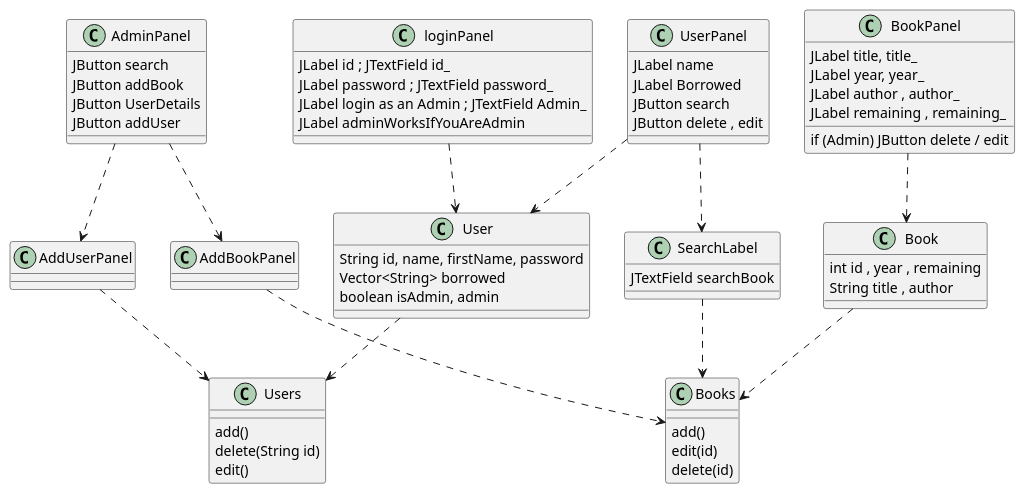
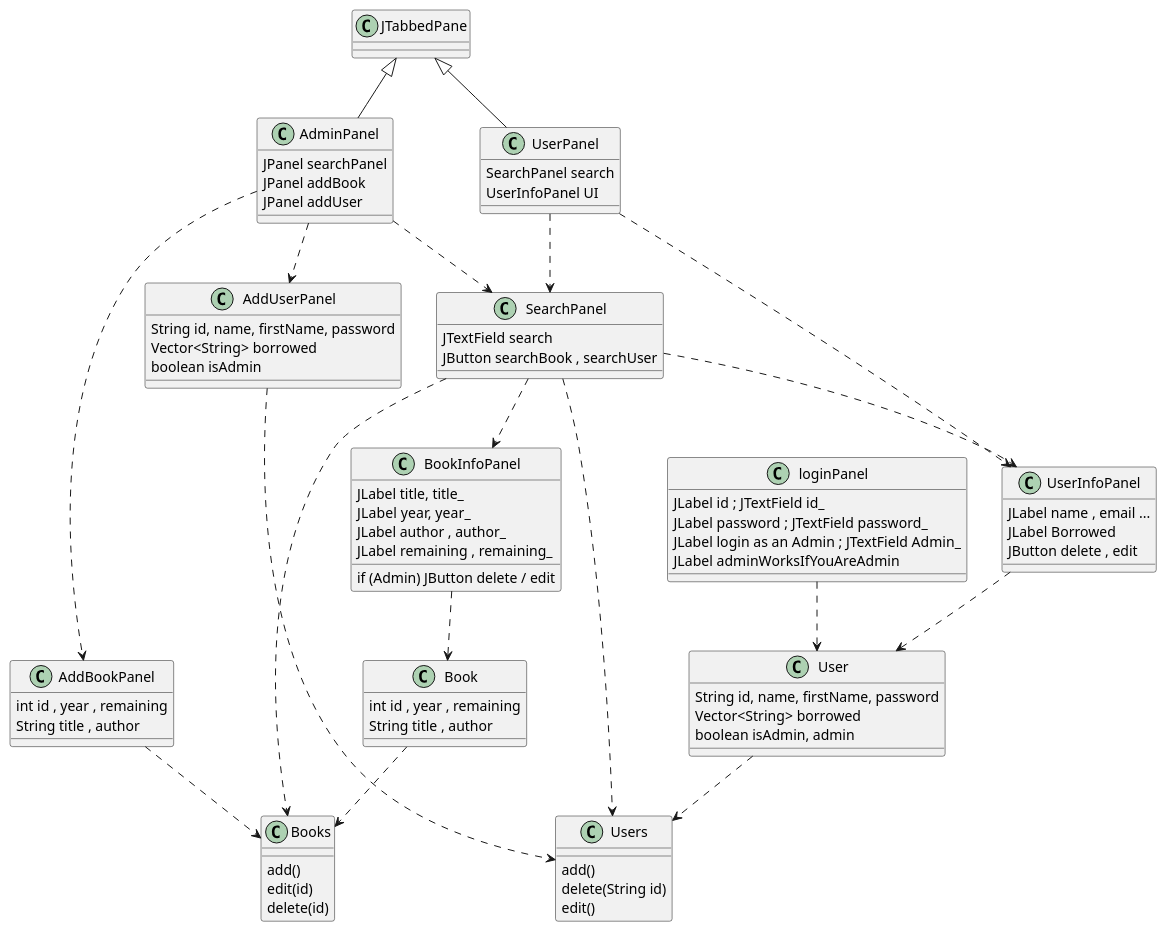
One commit to DiorAdam/LibraryManager changed the diagram in Modelisation/GuiClass.puml. Above: the diagram before and after it, drawn with PlantUML.

Commit message:
JTabbedPane to represent different pages

```diff
--- a/Modelisation/GuiClass.puml
+++ b/Modelisation/GuiClass.puml
@@ -1,91 +1,108 @@
 @startuml
 
 class loginPanel{
     JLabel id ; JTextField id_
     JLabel password ; JTextField password_
     JLabel login as an Admin ; JTextField Admin_
     JLabel adminWorksIfYouAreAdmin
 }
 
 loginPanel ..> User
 
 class User{
     String id, name, firstName, password
     Vector<String> borrowed
     boolean isAdmin, admin
     /'isAdmin is from the DB while admin says if
       the user is logged in as an admin '/
 }
 
 User ..> Users
 
 class Users{
     add()
     delete(String id)
     edit()
 }
 
-class UserPanel{
-    JLabel name
+class UserInfoPanel{
+    JLabel name , email ...
     JLabel Borrowed
-    JButton search
     JButton delete , edit
 }
 
-UserPanel ..> User
-UserPanel ..> SearchLabel
+UserInfoPanel ..> User
+
+class UserPanel extends JTabbedPane{
+
+    SearchPanel search
+    UserInfoPanel UI
+
+}
+
+UserPanel ..> UserInfoPanel
+UserPanel ..> SearchPanel
 
 
-class SearchLabel{
-    JTextField searchBook
+class SearchPanel{
+    JTextField search
+    JButton searchBook , searchUser
 }
 
-SearchLabel ..> Books
+SearchPanel ..> Books
+SearchPanel ..> Users
+SearchPanel ..> UserInfoPanel
+SearchPanel ..> BookInfoPanel
 
-class BookPanel{
+class BookInfoPanel{
     JLabel title, title_
     JLabel year, year_
     JLabel author , author_
     JLabel remaining , remaining_
     if (Admin) JButton delete / edit
 }
 
-BookPanel ..> Book
+BookInfoPanel ..> Book
 
 class Book{
     int id , year , remaining
     String title , author
 }
 
 Book ..> Books
 
 
-class AdminPanel{
-    JButton search
-    JButton addBook
-    JButton UserDetails
-    JButton addUser
+class AdminPanel extends JTabbedPane{
+    JPanel searchPanel
+    JPanel addBook
+    JPanel addUser
 }
 
 AdminPanel ..> AddBookPanel
 AdminPanel ..> AddUserPanel
+AdminPanel ..> SearchPanel
 
 class AddBookPanel {
+    int id , year , remaining
+    String title , author
 }
 
 AddBookPanel ..> Books
 
 class AddUserPanel{
+    String id, name, firstName, password
+    Vector<String> borrowed
+    boolean isAdmin
 }
 
 AddUserPanel ..> Users
 
 
 class Books{
     add()
     edit(id)
     delete(id)
 }
 
 
 @enduml
```
